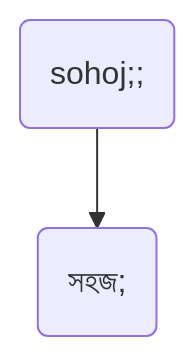
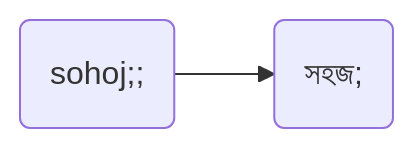
Before and after one commit to KhiproTeam/khipro-quickstart: the sixth of 6 diagrams in README.md, drawn with Mermaid. The commit also changed other lines of this file, not shown here.

````diff
--- a/README.md
+++ b/README.md
@@ -167,4 +169,4 @@
 ```mermaid
-flowchart TD
+flowchart LR
 A(sohoj;;) --> B("সহজ;")
 ```
````
